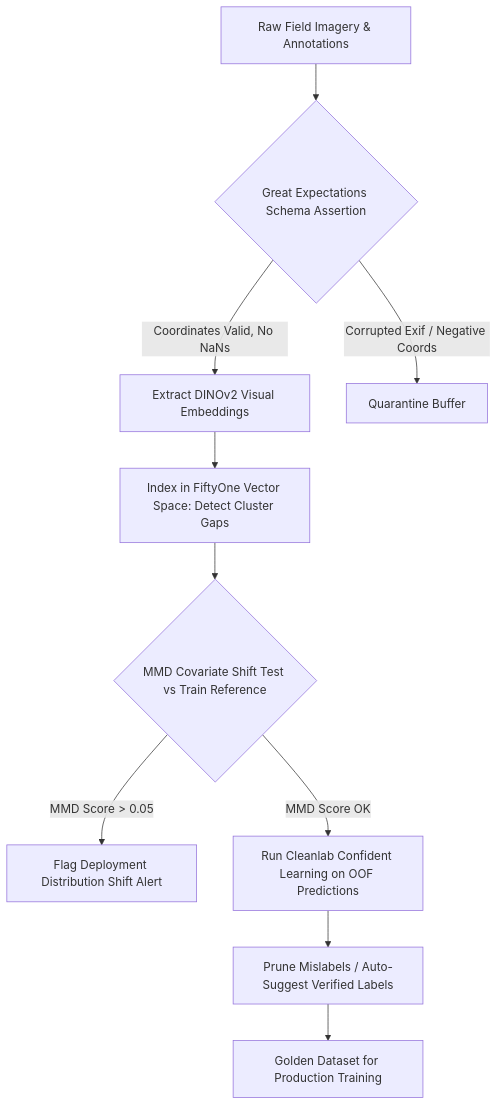
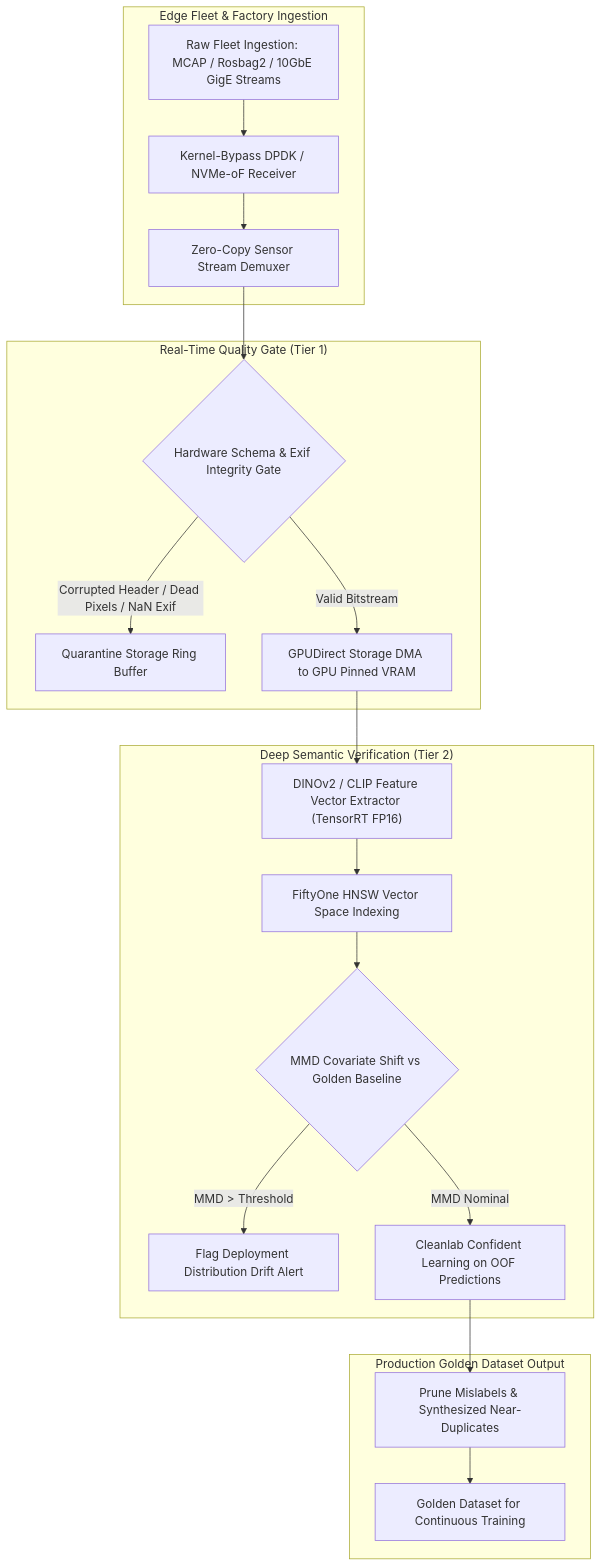
One commit to sergiomh499/cv-projects changed the diagram in topics/data-quality-and-verification/02-production-pipeline-and-workarounds.md. Above: the diagram before and after it, drawn with Mermaid. The commit also changed other lines of this file and 41 other files, not shown here.

Commit message:
docs(vault): deep expansion across 20 topic production pipelines, 2025-2026 architectures (RF-DETR, Qwen2.5-VL, MambaVision), and complete taxonomy matrices

````diff
--- a/topics/data-quality-and-verification/02-production-pipeline-and-workarounds.md
+++ b/topics/data-quality-and-verification/02-production-pipeline-and-workarounds.md
@@ -21,12 +33,26 @@
 ```mermaid
 flowchart TD
-    Ingest["Raw Field Imagery & Annotations"] --> Validate{"Great Expectations Schema Assertion"}
-    Validate -->|Coordinates Valid, No NaNs| Embed["Extract DINOv2 Visual Embeddings"]
-    Validate -->|Corrupted Exif / Negative Coords| Reject["Quarantine Buffer"]
-    Embed --> Cluster["Index in FiftyOne Vector Space: Detect Cluster Gaps"]
-    Cluster --> Drift{"MMD Covariate Shift Test vs Train Reference"}
-    Drift -->|MMD Score > 0.05| DriftAlert["Flag Deployment Distribution Shift Alert"]
-    Drift -->|MMD Score OK| Cleanlab["Run Cleanlab Confident Learning on OOF Predictions"]
-    Cleanlab --> Curate["Prune Mislabels / Auto-Suggest Verified Labels"]
-    Curate --> CleanSet["Golden Dataset for Production Training"]
+    subgraph "Edge Fleet & Factory Ingestion"
+        SensorStream["Raw Fleet Ingestion: MCAP / Rosbag2 / 10GbE GigE Streams"] --> DPDKReceiver["Kernel-Bypass DPDK / NVMe-oF Receiver"]
+        DPDKReceiver --> ZeroCopyDemux["Zero-Copy Sensor Stream Demuxer"]
+    end
+
+    subgraph "Real-Time Quality Gate (Tier 1)"
+        ZeroCopyDemux --> SchemaValidator{"Hardware Schema & Exif Integrity Gate"}
+        SchemaValidator -->|"Corrupted Header / Dead Pixels / NaN Exif"| QuarantineBuffer["Quarantine Storage Ring Buffer"]
+        SchemaValidator -->|"Valid Bitstream"| GPUDirect["GPUDirect Storage DMA to GPU Pinned VRAM"]
+    end
+
+    subgraph "Deep Semantic Verification (Tier 2)"
+        GPUDirect --> DINOv2Extractor["DINOv2 / CLIP Feature Vector Extractor (TensorRT FP16)"]
+        DINOv2Extractor --> ClusterIndex["FiftyOne HNSW Vector Space Indexing"]
+        ClusterIndex --> MMDDrift{"MMD Covariate Shift vs Golden Baseline"}
+        MMDDrift -->|"MMD > Threshold"| DriftAlert["Flag Deployment Distribution Drift Alert"]
+        MMDDrift -->|"MMD Nominal"| ConfidentLearning["Cleanlab Confident Learning on OOF Predictions"]
+    end
+
+    subgraph "Production Golden Dataset Output"
+        ConfidentLearning --> FilterNoise["Prune Mislabels & Synthesized Near-Duplicates"]
+        FilterNoise --> GoldenDataset["Golden Dataset for Continuous Training"]
+    end
 ```
````
